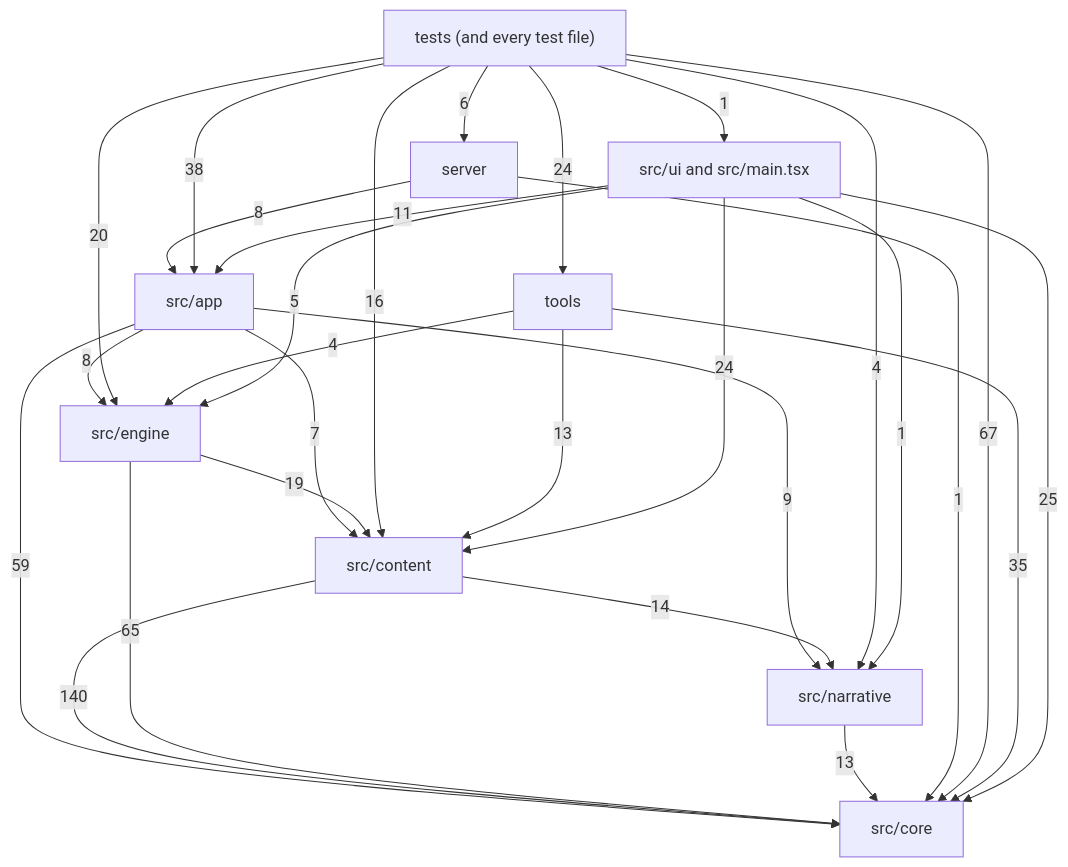
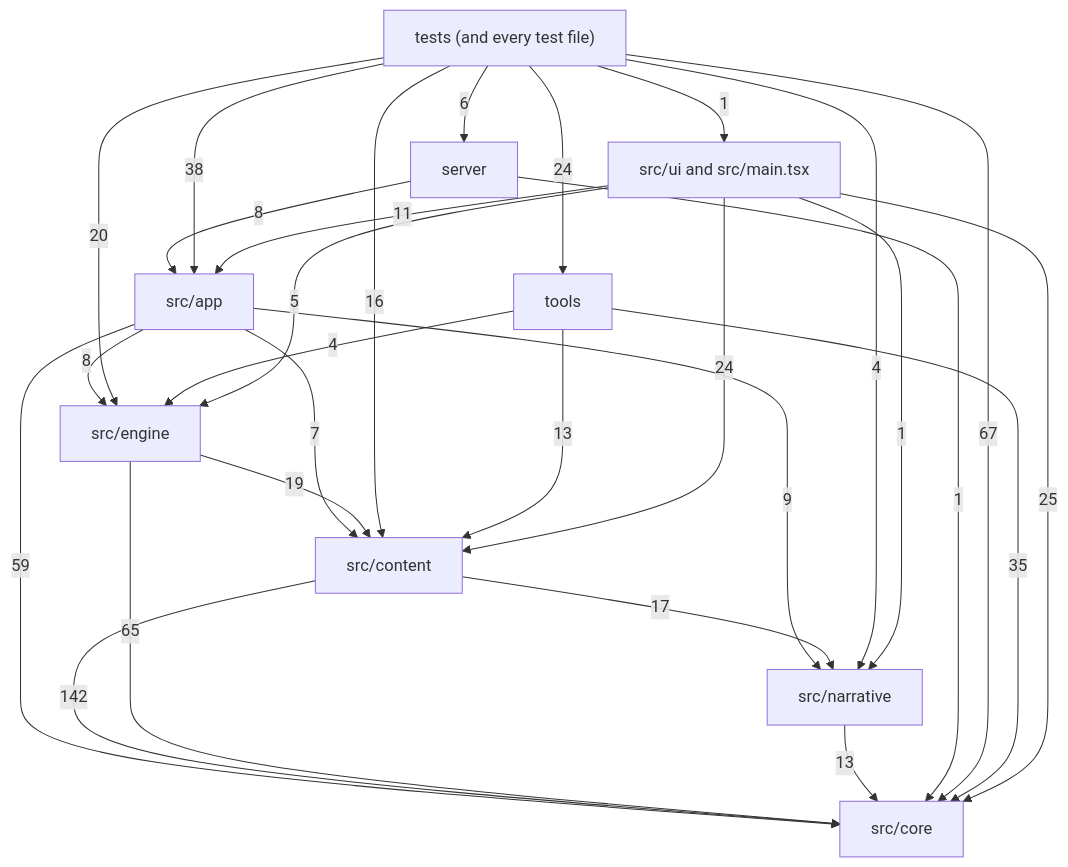
Before and after one commit to OrangeB0lt/Cyber-funk: the diagram in docs/reference/code-map/README.md, drawn with Mermaid. The commit also changed other lines of this file and 13 other files, not shown here.

````diff
--- a/docs/reference/code-map/README.md
+++ b/docs/reference/code-map/README.md
@@ -29,39 +29,39 @@
 ```mermaid
 flowchart TD
   core["src/core"]
   narrative["src/narrative"]
   content["src/content"]
   engine["src/engine"]
   app["src/app"]
   ui["src/ui and src/main.tsx"]
   server["server"]
   tools["tools"]
   tests["tests (and every test file)"]
   app -->|7| content
   app -->|59| core
   app -->|8| engine
   app -->|9| narrative
-  content -->|140| core
-  content -->|14| narrative
+  content -->|142| core
+  content -->|17| narrative
   engine -->|19| content
   engine -->|65| core
   narrative -->|13| core
   server -->|8| app
   server -->|1| core
   tests -->|38| app
   tests -->|16| content
   tests -->|67| core
   tests -->|20| engine
   tests -->|4| narrative
   tests -->|6| server
   tests -->|24| tools
   tests -->|1| ui
   tools -->|13| content
   tools -->|35| core
   tools -->|4| engine
   ui -->|11| app
   ui -->|24| content
   ui -->|25| core
   ui -->|5| engine
   ui -->|1| narrative
 ```
````
